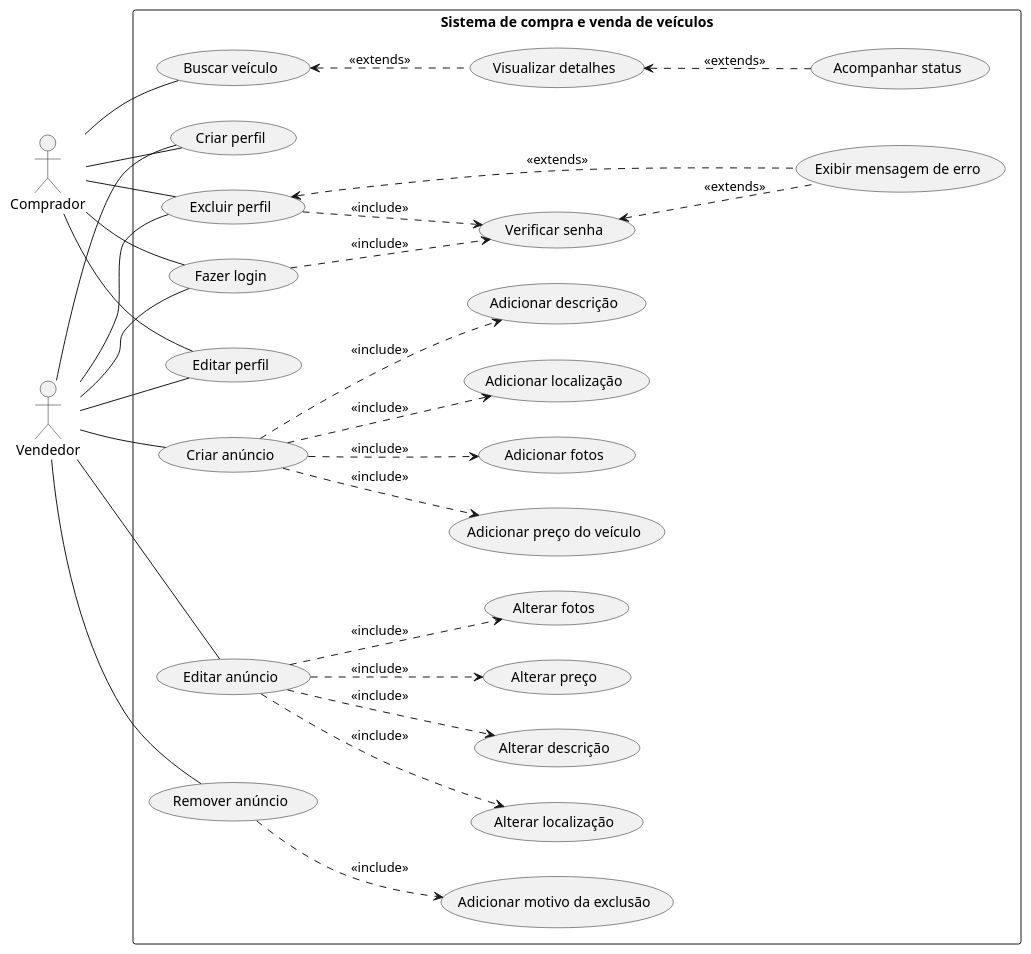
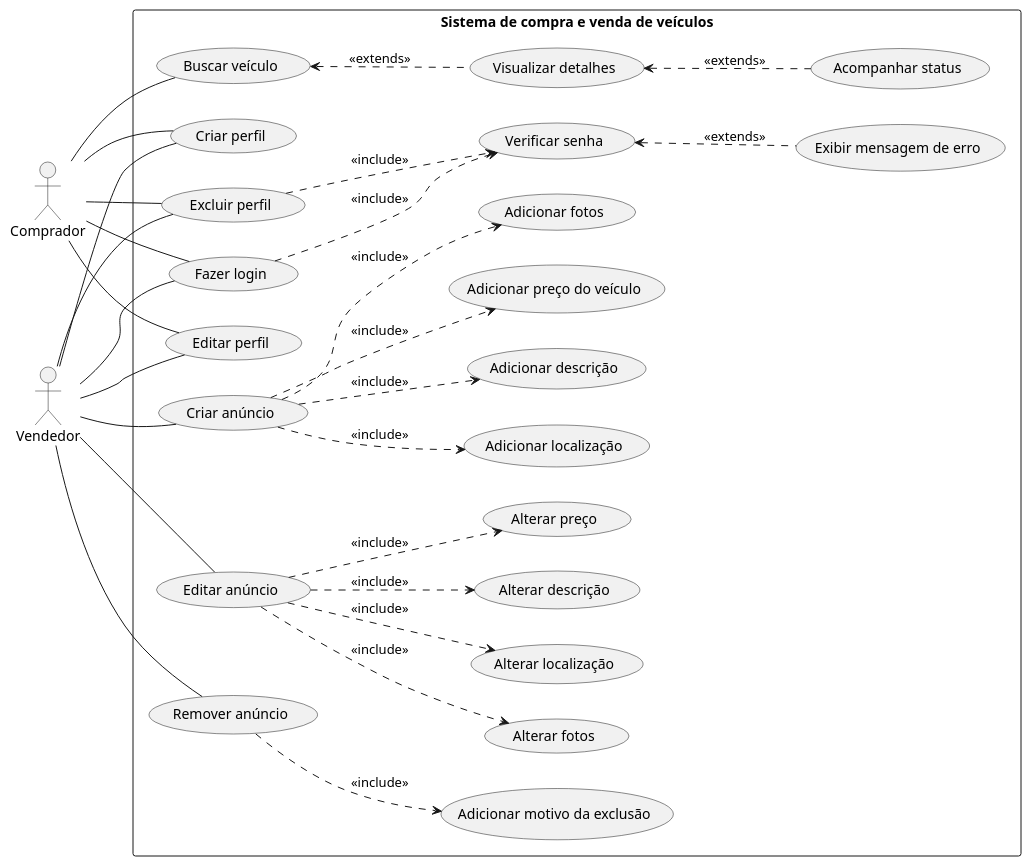
The diagram in uc_fluxo_sistema.md (guilhermeoliveirateo/sistema-compra-venda-veiculos), drawn with PlantUML before and after one commit.

````diff
--- a/uc_fluxo_sistema.md
+++ b/uc_fluxo_sistema.md
@@ -9,61 +9,60 @@
 ``` plantuml
 @startuml 
 
 left to right direction
 actor "Comprador" as comprador
 actor "Vendedor" as vendedor
 
 rectangle "Sistema de compra e venda de veículos"{
 usecase "Fazer login" as uc1
 usecase "Editar perfil" as uc2
 usecase "Criar anúncio" as uc3
 usecase "Editar anúncio" as uc4
 usecase "Remover anúncio" as uc5
 usecase "Buscar veículo" as uc6
 usecase "Verificar senha" as uc7
 usecase "Exibir mensagem de erro" as uc8
 usecase "Adicionar descrição" as uc9
 usecase "Adicionar preço do veículo" as uc10
 usecase "Alterar descrição" as uc11
 usecase "Alterar preço" as uc12
 usecase "Adicionar motivo da exclusão" as uc13
 usecase "Visualizar detalhes" as uc14
 usecase "Acompanhar status" as uc15
 usecase "Criar perfil" as uc16
 usecase "Adicionar fotos" as uc17
 usecase "Adicionar localização" as uc18
 usecase "Alterar fotos" as uc19
 usecase "Alterar localização" as uc20
 usecase "Excluir perfil" as uc21
 }
 
 vendedor -- uc16
 comprador -- uc16
 vendedor -- uc1
 comprador -- uc1
 uc1 ..> uc7 :<<include>>
 uc7 <.. uc8 :<<extends>>
 vendedor -- uc2
 comprador -- uc2
 vendedor -- uc21
 comprador -- uc21
 uc21 ..> uc7 :<<include>>
-uc21 <.. uc8 :<<extends>>
 vendedor -- uc3
 uc3 ..> uc9 :<<include>>
 uc3 ..> uc10 :<<include>>
 uc3 ..> uc17 :<<include>>
 uc3 ..> uc18 :<<include>>
 vendedor -- uc4
 uc4 ..> uc11 :<<include>>
 uc4 ..> uc12 :<<include>>
 uc4 ..> uc19 :<<include>>
 uc4 ..> uc20 :<<include>>
 vendedor -- uc5
 uc5 ..> uc13 :<<include>>
 comprador -- uc6
 uc6 <.. uc14 :<<extends>>
 uc14 <.. uc15 :<<extends>>
  
 @enduml
 ```
````
